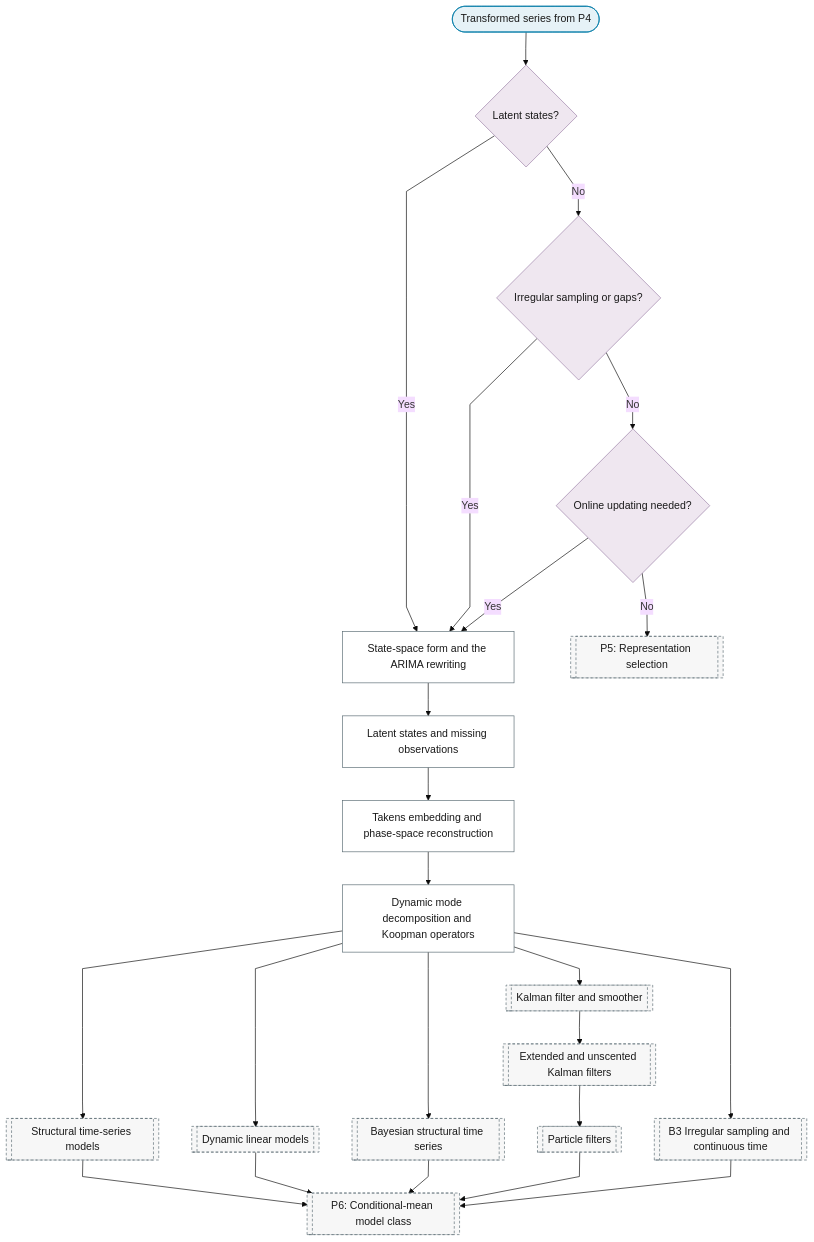
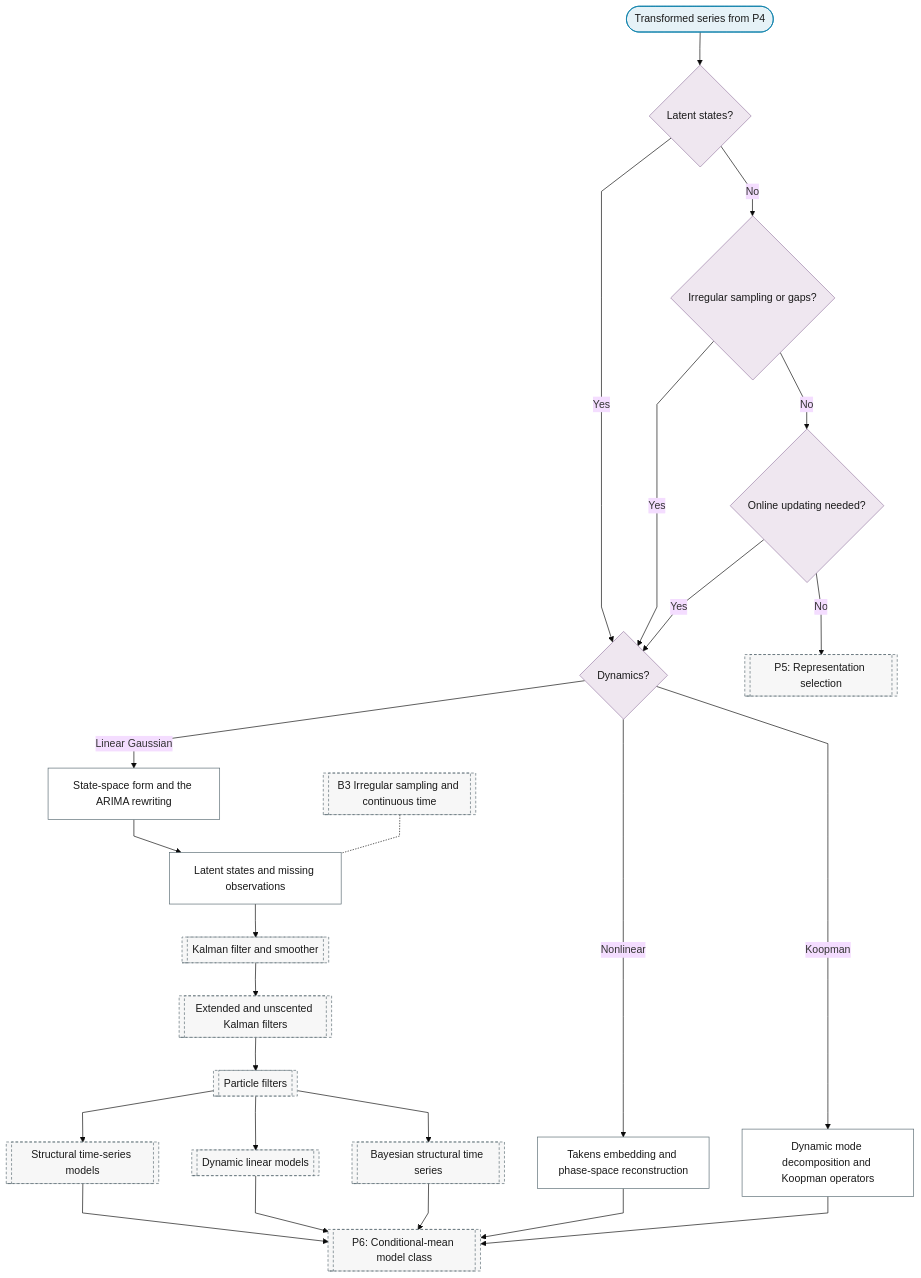
The diagram in docs/01-workflow/p05-representation/04-state-space.md (Shuxin-Y/time-series-analysis-manual), drawn with Mermaid (base theme) before and after one commit. The commit also changed 8 other files, not shown here.

First line of the commit message:
fix(flowchart): alternatives are fan-outs, dependencies are chains

````diff
--- a/docs/01-workflow/p05-representation/04-state-space.md
+++ b/docs/01-workflow/p05-representation/04-state-space.md
@@ -7,34 +7,35 @@
 ```mermaid
 %%{init: {"flowchart": {"curve": "linear"}}}%%
 graph TD
     P5_SS_IN(["Transformed series from P4"]) --> P5_SS_LATENT_STATES{"Latent states?"}
-    P5_SS_LATENT_STATES -->|"Yes"| P5_SS_FORM["State-space form and the ARIMA rewriting"]
+    P5_SS_LATENT_STATES -->|"Yes"| P5_SS_DYNAMICS{"Dynamics?"}
     P5_SS_LATENT_STATES -->|"No"| P5_SS_IRREGULAR{"Irregular sampling or gaps?"}
-    P5_SS_IRREGULAR -->|"Yes"| P5_SS_FORM
+    P5_SS_IRREGULAR -->|"Yes"| P5_SS_DYNAMICS
     P5_SS_IRREGULAR -->|"No"| P5_SS_ONLINE{"Online updating needed?"}
-    P5_SS_ONLINE -->|"Yes"| P5_SS_FORM
+    P5_SS_ONLINE -->|"Yes"| P5_SS_DYNAMICS
     P5_SS_ONLINE -->|"No"| P5[["P5: Representation selection"]]
+    P5_SS_DYNAMICS -->|"Linear Gaussian"| P5_SS_FORM["State-space form and the ARIMA rewriting"]
+    P5_SS_DYNAMICS -->|"Nonlinear"| P5_SS_TAKENS["Takens embedding and phase-space reconstruction"]
+    P5_SS_DYNAMICS -->|"Koopman"| P5_SS_DMD["Dynamic mode decomposition and Koopman operators"]
     P5_SS_FORM --> P5_SS_LATENT["Latent states and missing observations"]
-    P5_SS_LATENT --> P5_SS_TAKENS["Takens embedding and phase-space reconstruction"]
-    P5_SS_TAKENS --> P5_SS_DMD["Dynamic mode decomposition and Koopman operators"]
-    P5_SS_DMD --> P6_STRUCTURAL_TS[["Structural time-series models"]]
-    P5_SS_DMD --> P6_DLM[["Dynamic linear models"]]
-    P5_SS_DMD --> P6_BSTS[["Bayesian structural time series"]]
-    P5_SS_DMD --> P8_KALMAN[["Kalman filter and smoother"]]
-    P5_SS_DMD --> B3[["B3 Irregular sampling and continuous time"]]
+    P5_SS_LATENT --> P8_KALMAN[["Kalman filter and smoother"]]
     P8_KALMAN --> P8_NONLINEAR_FILTERS[["Extended and unscented Kalman filters"]]
     P8_NONLINEAR_FILTERS --> P8_PARTICLE_FILTERS[["Particle filters"]]
-    P6_STRUCTURAL_TS & P6_DLM & P6_BSTS & P8_PARTICLE_FILTERS & B3 --> P6[["P6: Conditional-mean model class"]]
+    P8_PARTICLE_FILTERS --> P6_STRUCTURAL_TS[["Structural time-series models"]]
+    P8_PARTICLE_FILTERS --> P6_DLM[["Dynamic linear models"]]
+    P8_PARTICLE_FILTERS --> P6_BSTS[["Bayesian structural time series"]]
+    B3[["B3 Irregular sampling and continuous time"]] -.- P5_SS_LATENT
+    P6_STRUCTURAL_TS & P6_DLM & P6_BSTS & P5_SS_TAKENS & P5_SS_DMD --> P6[["P6: Conditional-mean model class"]]
     class P5_SS_IN terminator
-    class P5_SS_LATENT_STATES,P5_SS_IRREGULAR,P5_SS_ONLINE decision
-    class P5_SS_FORM,P5_SS_LATENT,P5_SS_TAKENS,P5_SS_DMD process
-    class P5,P6_STRUCTURAL_TS,P6_DLM,P6_BSTS,P8_KALMAN,B3,P8_NONLINEAR_FILTERS,P8_PARTICLE_FILTERS,P6 ref
+    class P5_SS_LATENT_STATES,P5_SS_DYNAMICS,P5_SS_IRREGULAR,P5_SS_ONLINE decision
+    class P5_SS_FORM,P5_SS_TAKENS,P5_SS_DMD,P5_SS_LATENT process
+    class P5,P8_KALMAN,P8_NONLINEAR_FILTERS,P8_PARTICLE_FILTERS,P6_STRUCTURAL_TS,P6_DLM,P6_BSTS,B3,P6 ref
     classDef terminator fill:#E6F2F7,stroke:#007BA7,color:#1A1A1A;
     classDef process fill:#FFFFFF,stroke:#5A6B73,color:#1A1A1A;
     classDef decision fill:#EFE7F0,stroke:#9B7FA7,color:#1A1A1A;
     classDef data fill:#FFF4E0,stroke:#C9A55E,color:#1A1A1A;
     classDef good fill:#DCEFD8,stroke:#4A7A3F,color:#1A1A1A;
     classDef escalate fill:#FFE9C2,stroke:#C9A55E,color:#1A1A1A;
     classDef problem fill:#F2D9DE,stroke:#800020,color:#1A1A1A;
     classDef ref fill:#F7F7F7,stroke:#5A6B73,color:#1A1A1A,stroke-dasharray:4 3;
 ```
````
